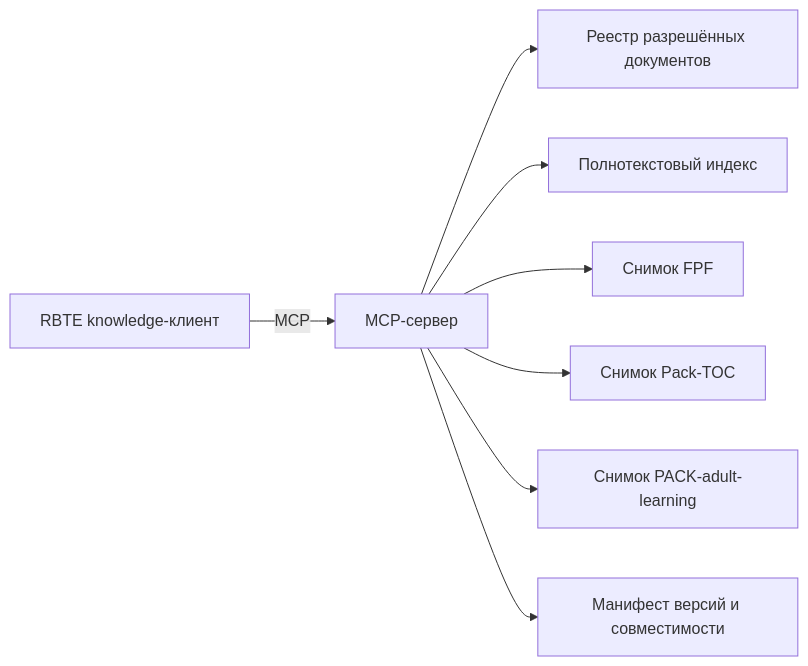
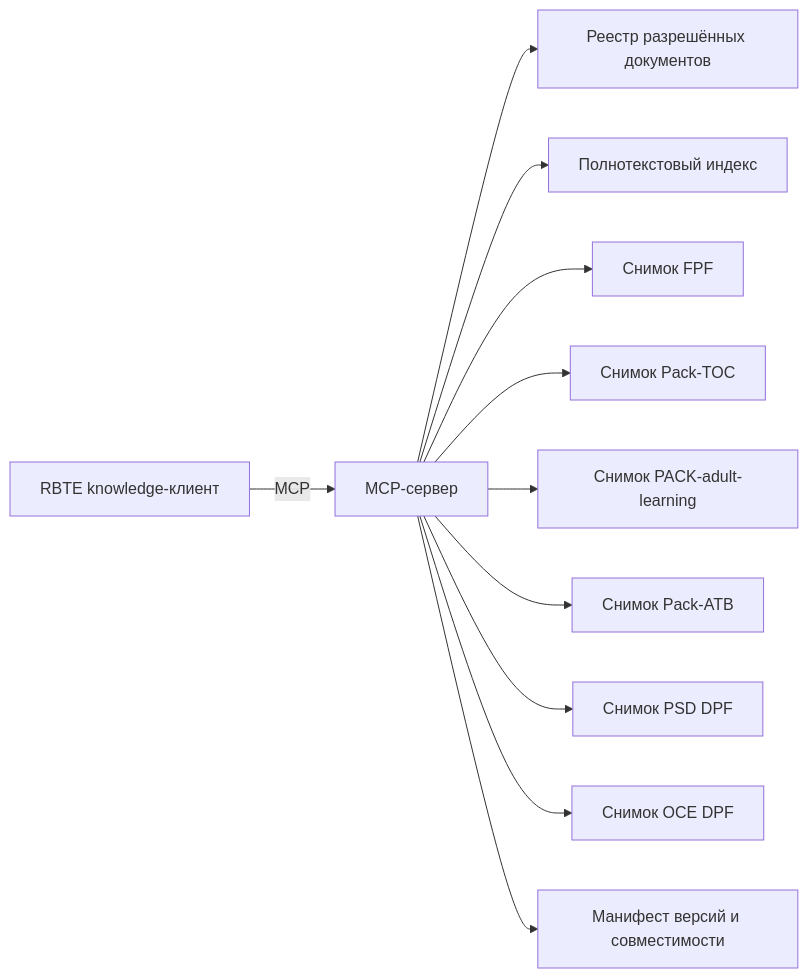
The second of 4 diagrams in WP-45/Архитектура и модель данных первого варианта RBTE.md (ARB774/DS-RBTE), drawn with Mermaid before and after one commit. The commit also changed other lines of this file and 2 other files, not shown here.

Commit message:
docs: синхронизировать требования RBTE с новыми DPF

````diff
--- a/WP-45/Архитектура и модель данных первого варианта RBTE.md
+++ b/WP-45/Архитектура и модель данных первого варианта RBTE.md
@@ -123,10 +124,13 @@
 ```mermaid
 flowchart LR
     APP[RBTE knowledge-клиент] -->|MCP| S[MCP-сервер]
     S --> REG[Реестр разрешённых документов]
     S --> IDX[Полнотекстовый индекс]
     S --> FPF[Снимок FPF]
     S --> TOC[Снимок Pack-TOC]
     S --> AL[Снимок PACK-adult-learning]
+    S --> ATB[Снимок Pack-ATB]
+    S --> PSD[Снимок PSD DPF]
+    S --> OCE[Снимок OCE DPF]
     S --> MAN[Манифест версий и совместимости]
 ```
````
